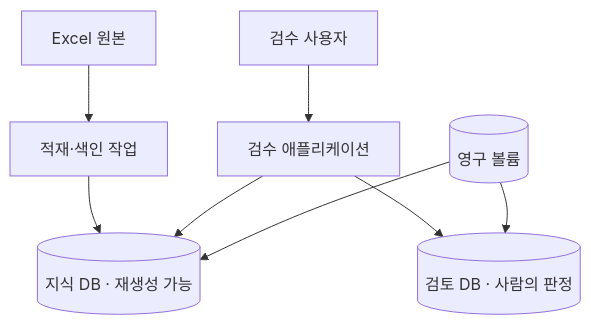
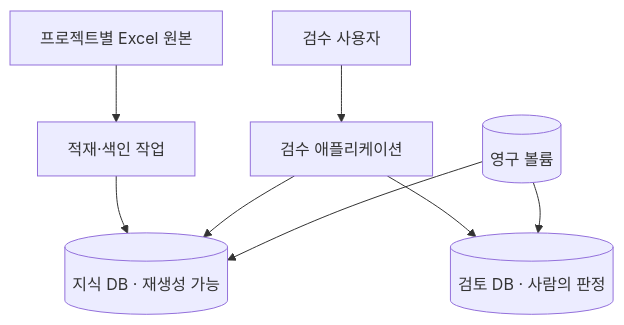
One commit to JAEKWANG97/JAEKWANG97.github.io changed diagram 15 of 15 in src/data/post/ddia-chapter-1-reliable-scalable-maintainable.md. Above: the diagram before and after it, drawn with Mermaid. The commit also changed other lines of this file and 2 other files, not shown here.

Commit message:
docs: add multilingual template grouping post

````diff
--- a/src/data/post/ddia-chapter-1-reliable-scalable-maintainable.md
+++ b/src/data/post/ddia-chapter-1-reliable-scalable-maintainable.md
@@ -696,10 +696,10 @@
 ```mermaid
 flowchart TB
-    X[Excel 원본] --> I[적재·색인 작업]
+    X[프로젝트별 Excel 원본] --> I[적재·색인 작업]
     I --> K[(지식 DB · 재생성 가능)]
     U[검수 사용자] --> A[검수 애플리케이션]
     A --> K
     A --> R[(검토 DB · 사람의 판정)]
     V[(영구 볼륨)] --> K
     V --> R
 ```
````
